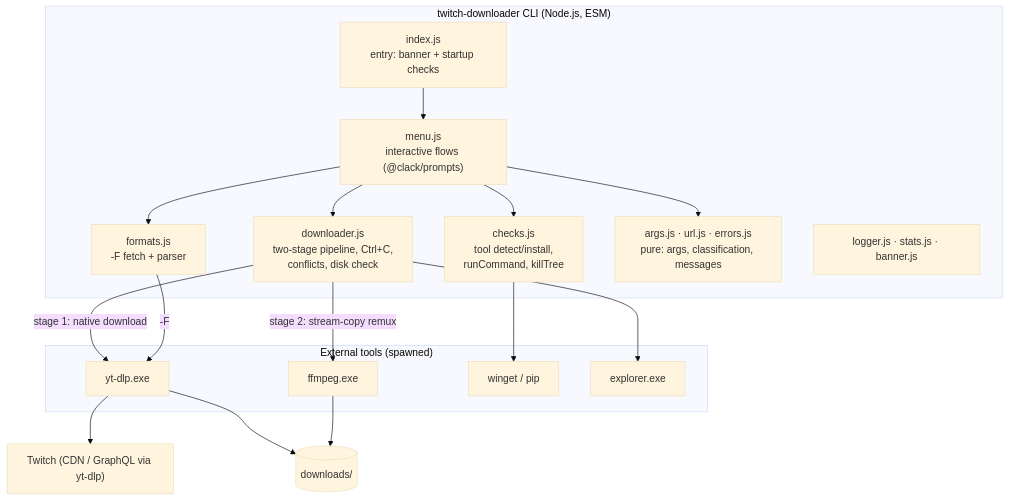
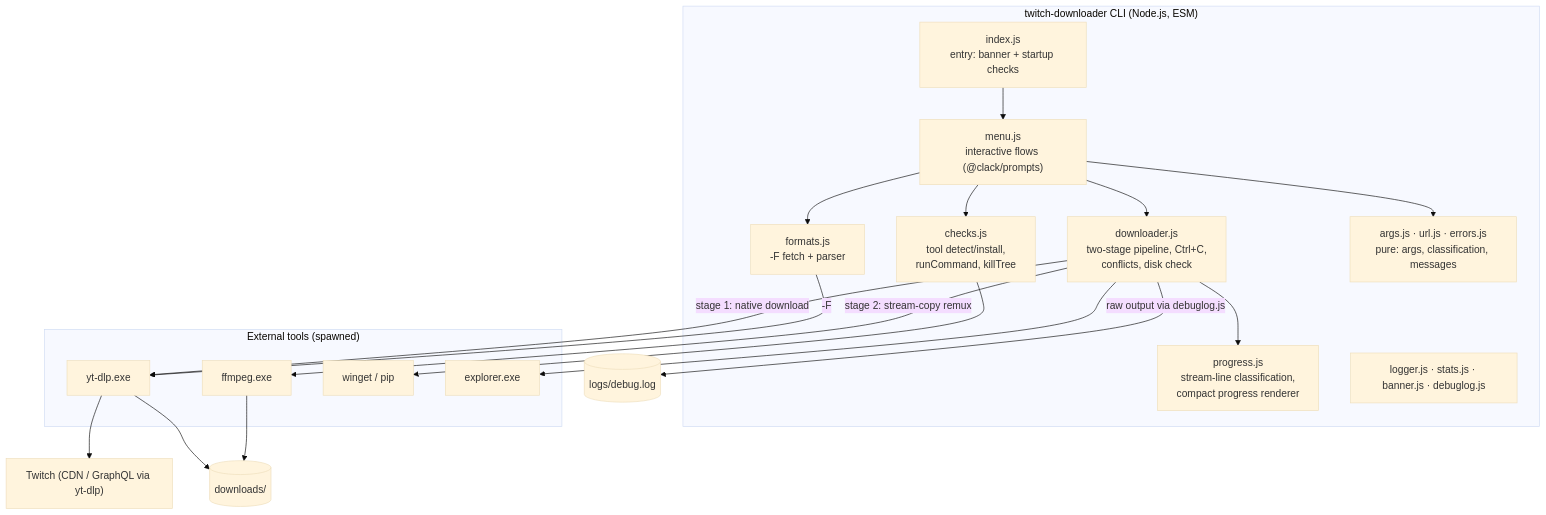
One commit to ivanov0ivanov/twitch-downloader changed the diagram in docs/SYSTEM-MAP.md. Above: the diagram before and after it, drawn with Mermaid (base theme). The commit also changed other lines of this file and 15 other files, not shown here.

````diff
--- a/docs/SYSTEM-MAP.md
+++ b/docs/SYSTEM-MAP.md
@@ -8,36 +8,40 @@
 ```mermaid
 flowchart TB
     subgraph CLI["twitch-downloader CLI (Node.js, ESM)"]
         Index["index.js\nentry: banner + startup checks"]
         Menu["menu.js\ninteractive flows (@clack/prompts)"]
         Downloader["downloader.js\ntwo-stage pipeline, Ctrl+C,\nconflicts, disk check"]
         Formats["formats.js\n-F fetch + parser"]
         Checks["checks.js\ntool detect/install,\nrunCommand, killTree"]
         Pure["args.js · url.js · errors.js\npure: args, classification, messages"]
-        Support["logger.js · stats.js · banner.js"]
+        Progress["progress.js\nstream-line classification,\ncompact progress renderer"]
+        Support["logger.js · stats.js · banner.js · debuglog.js"]
     end
 
     subgraph Tools["External tools (spawned)"]
         Ytdlp["yt-dlp.exe"]
         Ffmpeg["ffmpeg.exe"]
         Winget["winget / pip"]
         Explorer["explorer.exe"]
     end
 
     Twitch["Twitch (CDN / GraphQL via yt-dlp)"]
     Disk[("downloads/")]
+    LogFile[("logs/debug.log")]
 
     Index --> Menu
     Menu --> Downloader
+    Downloader --> Progress
+    Downloader -->|"raw output via debuglog.js"| LogFile
     Menu --> Formats
     Menu --> Checks
     Menu --> Pure
     Downloader -->|"stage 1: native download"| Ytdlp
     Downloader -->|"stage 2: stream-copy remux"| Ffmpeg
     Downloader --> Explorer
     Formats -->|"-F"| Ytdlp
     Checks --> Winget
     Ytdlp --> Twitch
     Ytdlp --> Disk
     Ffmpeg --> Disk
 ```
````
